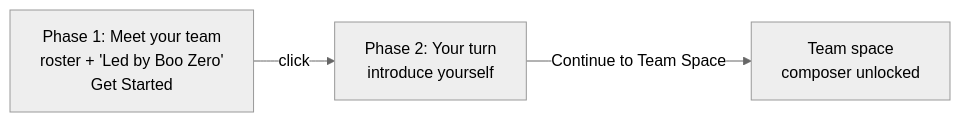
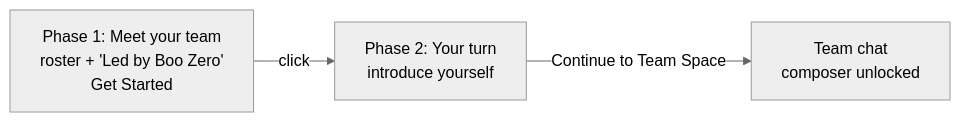
The first of 2 diagrams in docs/using/group-chat.md (clawboo/clawboo), drawn with Mermaid (neutral theme) before and after one commit. The commit also changed other lines of this file and 52 other files, not shown here.

````diff
--- a/docs/using/group-chat.md
+++ b/docs/using/group-chat.md
@@ -39,9 +39,9 @@
 ```mermaid
 flowchart LR
   A["Phase 1: Meet your team
   roster + 'Led by Boo Zero'
   Get Started"] -->|click| B["Phase 2: Your turn
   introduce yourself"]
-  B -->|Continue to Team Space| C["Team space
+  B -->|Continue to Team Space| C["Team chat
   composer unlocked"]
 ```
````
